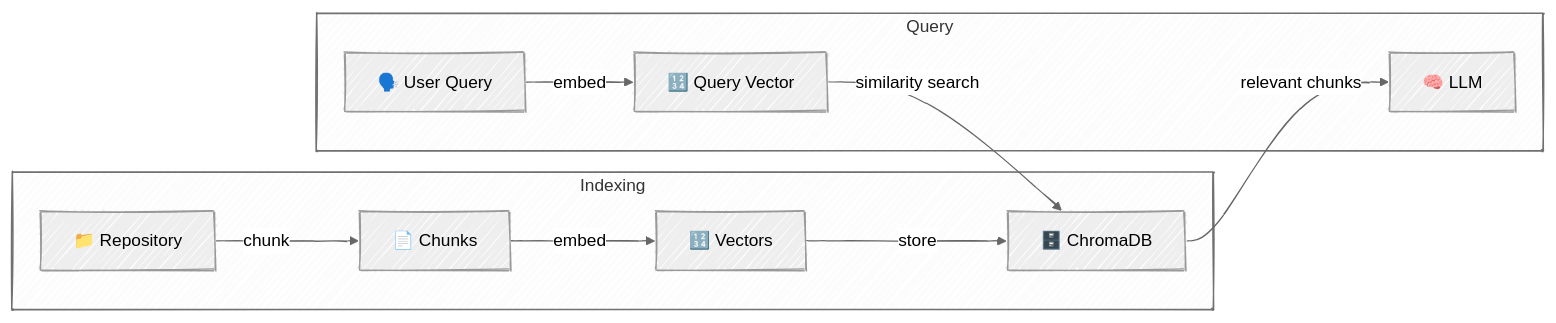
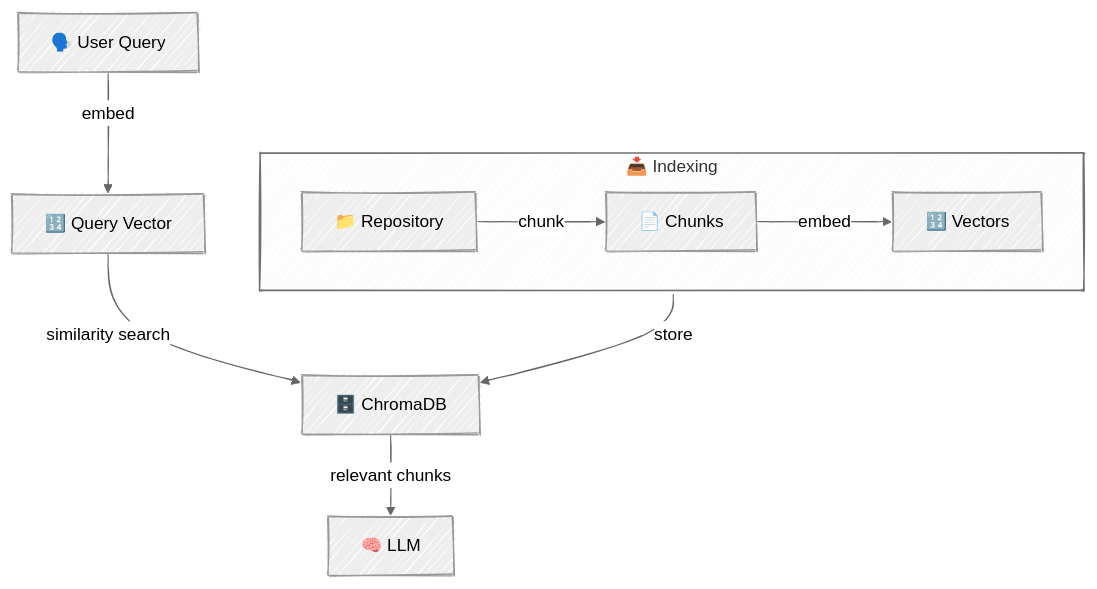
Before and after one commit to agenticloops-ai/agentic-ai-engineering: the diagram in 02-effective-agents/01-augmented-llm/README.md, drawn with Mermaid. The commit also changed other lines of this file, not shown here.

Commit message:
doc(augmented-llm): improve readme and diagrams

````diff
--- a/02-effective-agents/01-augmented-llm/README.md
+++ b/02-effective-agents/01-augmented-llm/README.md
@@ -102,19 +71,19 @@
 ```mermaid
 ---
 config:
   look: handDrawn
   theme: neutral
 ---
-flowchart LR
-  subgraph Indexing
+flowchart TB
+  subgraph Indexing["📥 Indexing"]
+    direction LR
     A["📁 Repository"] -->|chunk| B["📄 Chunks"]
     B -->|embed| C["🔢 Vectors"]
-    C -->|store| D["🗄️ ChromaDB"]
+
   end
+  C -->|store| D["🗄️ ChromaDB"]  
 
-  subgraph Query
-    E["🗣️ User Query"] -->|embed| F["🔢 Query Vector"]
-    F -->|similarity search| D
-    D -->|relevant chunks| G["🧠 LLM"]
-  end
+  E["🗣️ User Query"] -->|embed| F["🔢 Query Vector"]
+  F -->|similarity search| D
+  D -->|relevant chunks| G["🧠 LLM"]
 ```
````
